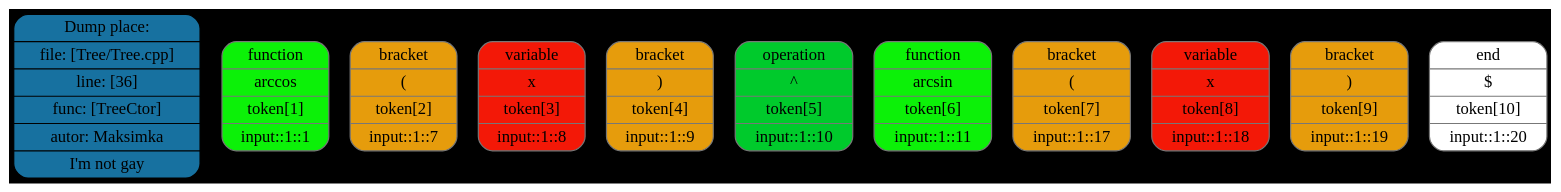
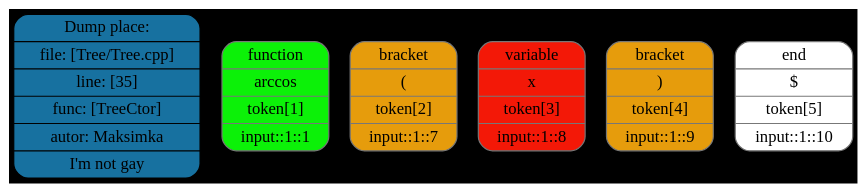
Before and after one commit to Maksim-Sebelev/Differentiator: the diagram in token.dot, drawn with Graphviz. The commit also changed 30 other files, not shown here.

```diff
--- a/token.dot
+++ b/token.dot
@@ -1,16 +1,11 @@
 digraph G{
 rankdir=TB
 graph [bgcolor="#000000"];
 size = "100 5"
-place[shape=Mrecord, style=filled, fillcolor="#1771a0", pos="0,1!",label = " { Dump place: | file: [Tree/Tree.cpp] | line: [36] | func: [TreeCtor] | autor: Maksimka | I'm not gay } "color = "#000000"];
+place[shape=Mrecord, style=filled, fillcolor="#1771a0", pos="0,1!",label = " { Dump place: | file: [Tree/Tree.cpp] | line: [35] | func: [TreeCtor] | autor: Maksimka | I'm not gay } "color = "#000000"];
 token0[shape=Mrecord, style=filled, fillcolor="#0cf108",label = " { function | arccos |  token[1] |  input::1::1 } ", color = "#777777"];
 token1[shape=Mrecord, style=filled, fillcolor="#e69c0c",label = " { bracket | ( |  token[2] |  input::1::7 } ", color = "#777777"];
 token2[shape=Mrecord, style=filled, fillcolor="#f31807",label = " { variable | x |  token[3] |  input::1::8 } ", color = "#777777"];
 token3[shape=Mrecord, style=filled, fillcolor="#e69c0c",label = " { bracket | ) |  token[4] |  input::1::9 } ", color = "#777777"];
-token4[shape=Mrecord, style=filled, fillcolor="#00ca2c",label = " { operation | ^ |  token[5] |  input::1::10 } ", color = "#777777"];
-token5[shape=Mrecord, style=filled, fillcolor="#0cf108",label = " { function | arcsin |  token[6] |  input::1::11 } ", color = "#777777"];
-token6[shape=Mrecord, style=filled, fillcolor="#e69c0c",label = " { bracket | ( |  token[7] |  input::1::17 } ", color = "#777777"];
-token7[shape=Mrecord, style=filled, fillcolor="#f31807",label = " { variable | x |  token[8] |  input::1::18 } ", color = "#777777"];
-token8[shape=Mrecord, style=filled, fillcolor="#e69c0c",label = " { bracket | ) |  token[9] |  input::1::19 } ", color = "#777777"];
-token9[shape=Mrecord, style=filled, fillcolor="#ffffff",label = " { end | $ |  token[10] |  input::1::20 } ", color = "#777777"];
+token4[shape=Mrecord, style=filled, fillcolor="#ffffff",label = " { end | $ |  token[5] |  input::1::10 } ", color = "#777777"];
 }
```
